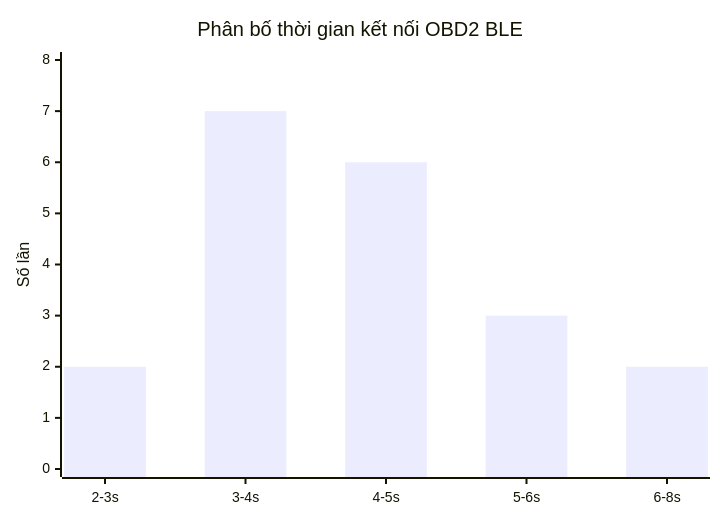
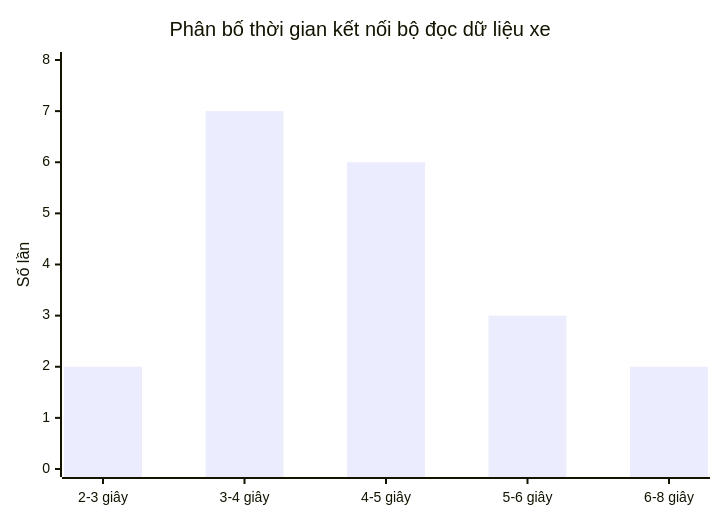
One commit to anmh1205/IoT_Vehicle_Tracking_System changed the diagram in resources/reports/thesis/final/assets/uml/10-chuong-4-ket-qua-do-luong-hinh-4-26.mmd. Above: the diagram before and after it, drawn with Mermaid. The commit also changed 337 other files, not shown here.

```diff
--- a/resources/reports/thesis/final/assets/uml/10-chuong-4-ket-qua-do-luong-hinh-4-26.mmd
+++ b/resources/reports/thesis/final/assets/uml/10-chuong-4-ket-qua-do-luong-hinh-4-26.mmd
@@ -1,5 +1,5 @@
 xychart-beta
-    title "Phân bố thời gian kết nối OBD2 BLE"
-    x-axis ["2-3s", "3-4s", "4-5s", "5-6s", "6-8s"]
+    title "Phân bố thời gian kết nối bộ đọc dữ liệu xe"
+    x-axis ["2-3 giây", "3-4 giây", "4-5 giây", "5-6 giây", "6-8 giây"]
     y-axis "Số lần" 0 --> 8
     bar [2, 7, 6, 3, 2]
```
